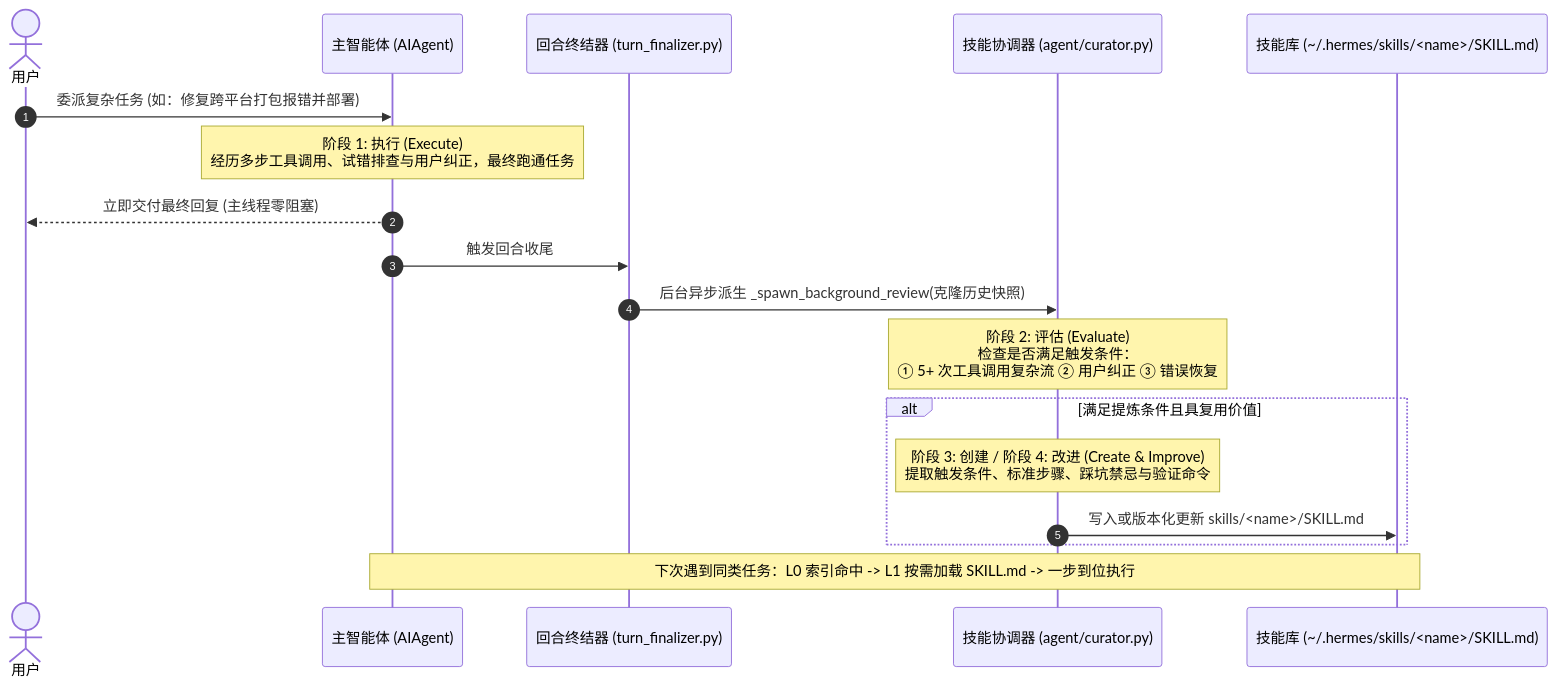
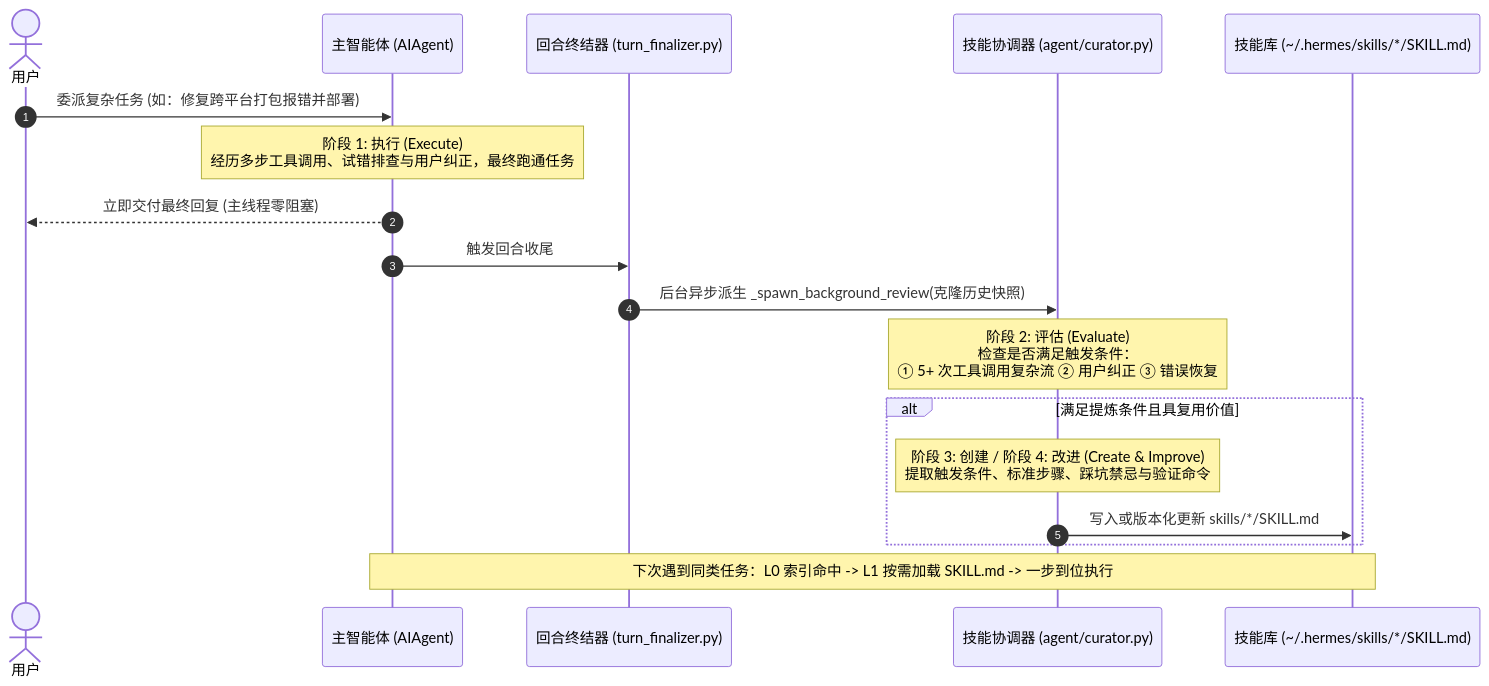
Before and after one commit to feixiao/hermes-agent: the third of 4 diagrams in docs/harness/harness-developer-notes.md, drawn with Mermaid. The commit also changed other lines of this file, not shown here.

First line of the commit message:
docs: quote Mermaid edge labels with parentheses in harness-developer-notes.md

````diff
--- a/docs/harness/harness-developer-notes.md
+++ b/docs/harness/harness-developer-notes.md
@@ -212,21 +212,21 @@
 ```mermaid
 sequenceDiagram
     autonumber
     actor User as 用户
     participant Agent as 主智能体 (AIAgent)
     participant Finalizer as 回合终结器 (turn_finalizer.py)
     participant Curator as 技能协调器 (agent/curator.py)
-    participant Store as 技能库 (~/.hermes/skills/<name>/SKILL.md)
+    participant Store as 技能库 (~/.hermes/skills/*/SKILL.md)
 
     User->>Agent: 委派复杂任务 (如：修复跨平台打包报错并部署)
     Note over Agent: 阶段 1: 执行 (Execute)<br/>经历多步工具调用、试错排查与用户纠正，最终跑通任务
     Agent-->>User: 立即交付最终回复 (主线程零阻塞)
     Agent->>Finalizer: 触发回合收尾
     Finalizer->>Curator: 后台异步派生 _spawn_background_review(克隆历史快照)
     Note over Curator: 阶段 2: 评估 (Evaluate)<br/>检查是否满足触发条件：<br/>① 5+ 次工具调用复杂流 ② 用户纠正 ③ 错误恢复
     alt 满足提炼条件且具复用价值
         Note over Curator: 阶段 3: 创建 / 阶段 4: 改进 (Create & Improve)<br/>提取触发条件、标准步骤、踩坑禁忌与验证命令
-        Curator->>Store: 写入或版本化更新 skills/<name>/SKILL.md
+        Curator->>Store: 写入或版本化更新 skills/*/SKILL.md
     end
     Note over Agent,Store: 下次遇到同类任务：L0 索引命中 -> L1 按需加载 SKILL.md -> 一步到位执行
 ```
````
